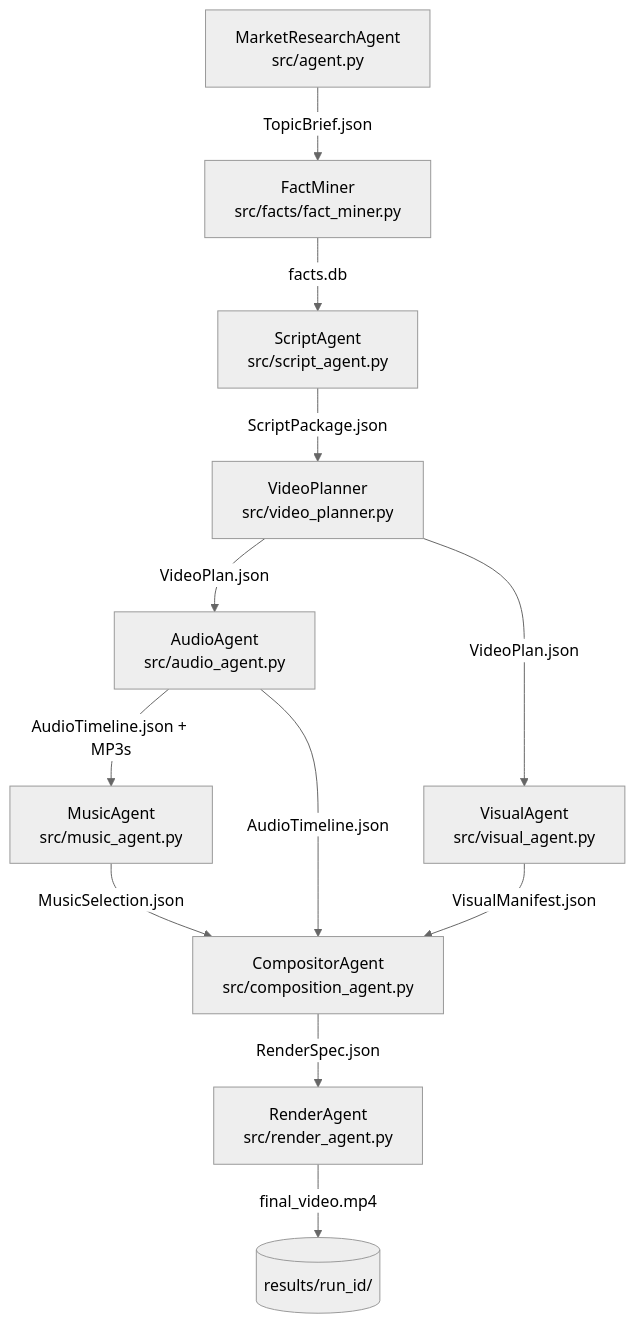
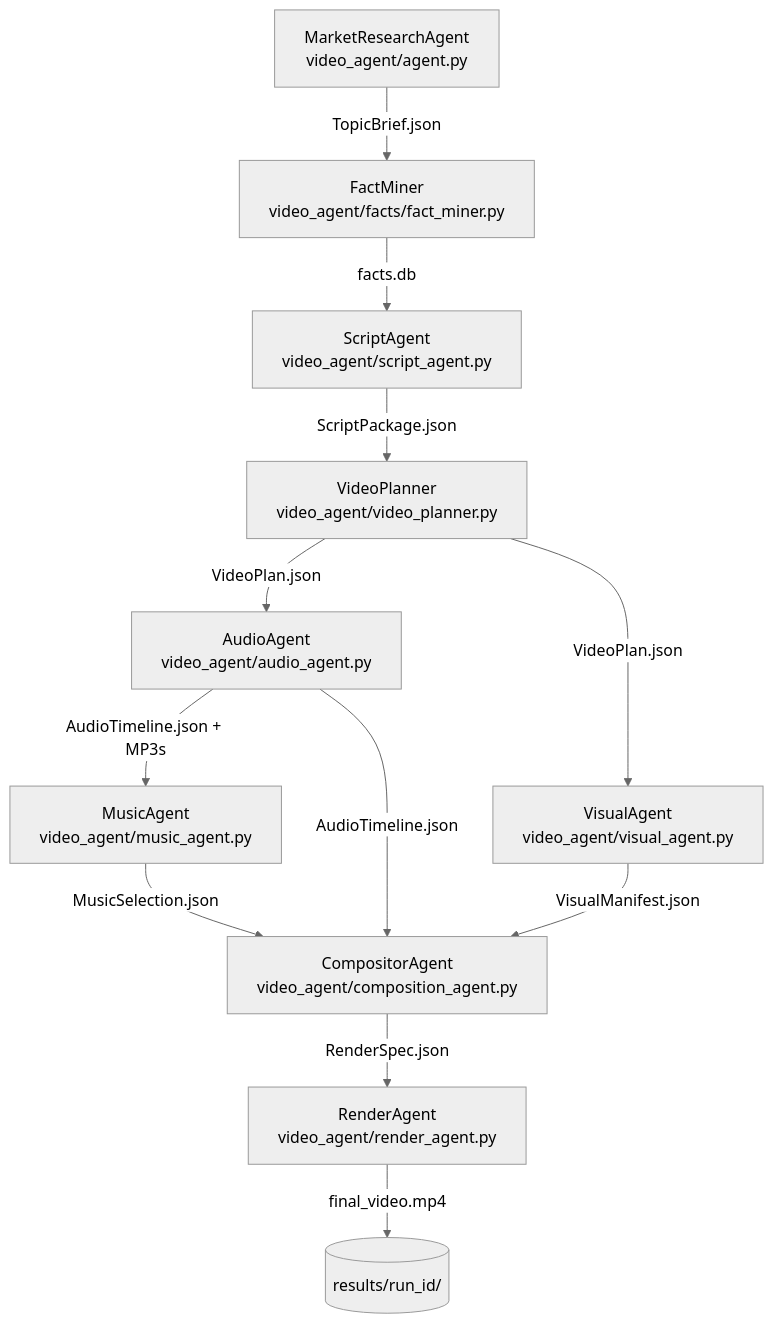
Before and after one commit to hyang0129/video_agent: the diagram in README.md, drawn with Mermaid (neutral theme). The commit also changed other lines of this file, not shown here.

````diff
--- a/README.md
+++ b/README.md
@@ -15,14 +15,14 @@
 ```mermaid
 graph TD
-    A["MarketResearchAgent<br/>src/agent.py"] -->|TopicBrief.json| B["FactMiner<br/>src/facts/fact_miner.py"]
-    B -->|facts.db| C["ScriptAgent<br/>src/script_agent.py"]
-    C -->|ScriptPackage.json| D["VideoPlanner<br/>src/video_planner.py"]
-    D -->|VideoPlan.json| E["AudioAgent<br/>src/audio_agent.py"]
-    D -->|VideoPlan.json| F["VisualAgent<br/>src/visual_agent.py"]
-    E -->|AudioTimeline.json + MP3s| G["MusicAgent<br/>src/music_agent.py"]
-    E -->|AudioTimeline.json| H["CompositorAgent<br/>src/composition_agent.py"]
+    A["MarketResearchAgent<br/>video_agent/agent.py"] -->|TopicBrief.json| B["FactMiner<br/>video_agent/facts/fact_miner.py"]
+    B -->|facts.db| C["ScriptAgent<br/>video_agent/script_agent.py"]
+    C -->|ScriptPackage.json| D["VideoPlanner<br/>video_agent/video_planner.py"]
+    D -->|VideoPlan.json| E["AudioAgent<br/>video_agent/audio_agent.py"]
+    D -->|VideoPlan.json| F["VisualAgent<br/>video_agent/visual_agent.py"]
+    E -->|AudioTimeline.json + MP3s| G["MusicAgent<br/>video_agent/music_agent.py"]
+    E -->|AudioTimeline.json| H["CompositorAgent<br/>video_agent/composition_agent.py"]
     F -->|VisualManifest.json| H
     G -->|MusicSelection.json| H
-    H -->|RenderSpec.json| I["RenderAgent<br/>src/render_agent.py"]
+    H -->|RenderSpec.json| I["RenderAgent<br/>video_agent/render_agent.py"]
     I -->|final_video.mp4| J[("results/run_id/")]
 ```
````
